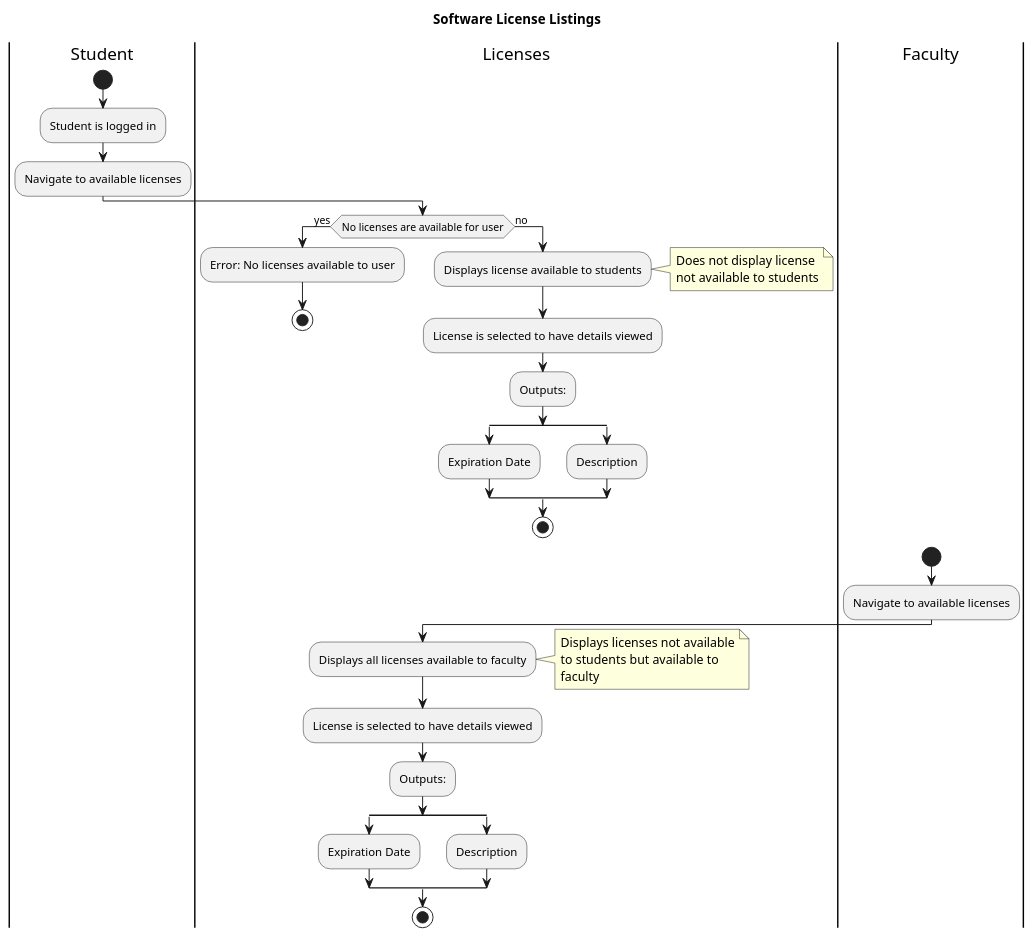
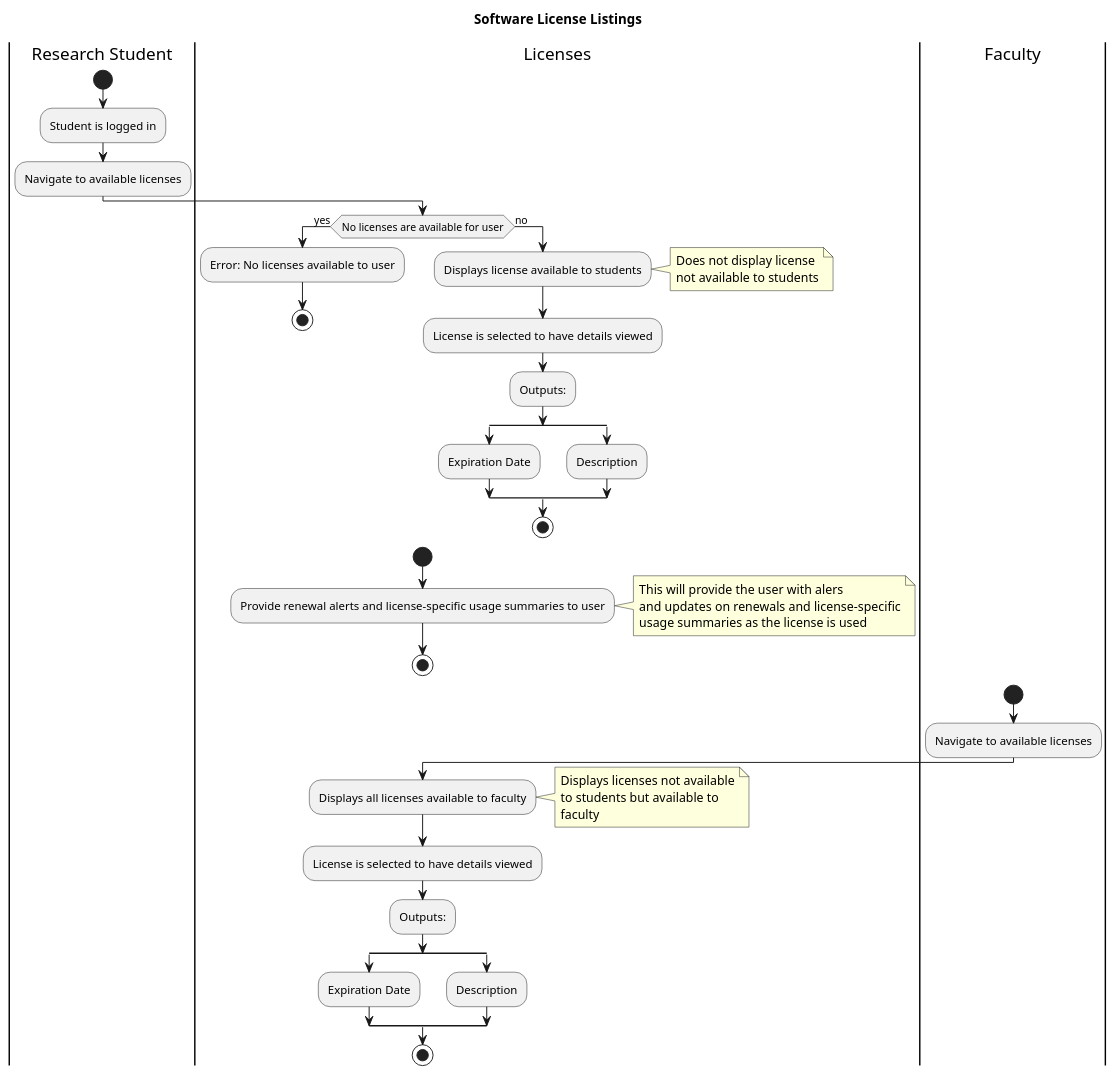
One commit to Farzaanw/Lab-Asset-Management-System changed the diagram in design/activity_diagrams/AD-19 License Listing.puml. Above: the diagram before and after it, drawn with PlantUML.

Commit message:
Enhance license listing with renewal alerts
Added renewal alerts and usage summaries for licenses.

```diff
--- a/design/activity_diagrams/AD-19 License Listing.puml
+++ b/design/activity_diagrams/AD-19 License Listing.puml
@@ -1,48 +1,58 @@
 @startuml
 title Software License Listings
 
-|Student|
+|Research Student|
 start
 :Student is logged in;
 :Navigate to available licenses;
 
 |Licenses|
 if (No licenses are available for user) then (yes)
     :Error: No licenses available to user;
     stop
 else (no)
     :Displays license available to students;
     note right
         Does not display license
         not available to students
     end note
     :License is selected to have details viewed;
     :Outputs:;
     split
     :Expiration Date;
     split again
     :Description;
     end split
     stop
 endif
+
+start
+:Provide renewal alerts and license-specific usage summaries to user;
+note right
+    This will provide the user with alers
+    and updates on renewals and license-specific
+    usage summaries as the license is used
+end note
+stop
+
 |Faculty|
 start
 :Navigate to available licenses;
 
 |Licenses|
 :Displays all licenses available to faculty;
 note right
     Displays licenses not available
     to students but available to
     faculty
 end note
 :License is selected to have details viewed;
 :Outputs:;
 split
 :Expiration Date;
 split again
 :Description;
 end split
 stop
 
 @enduml
```
